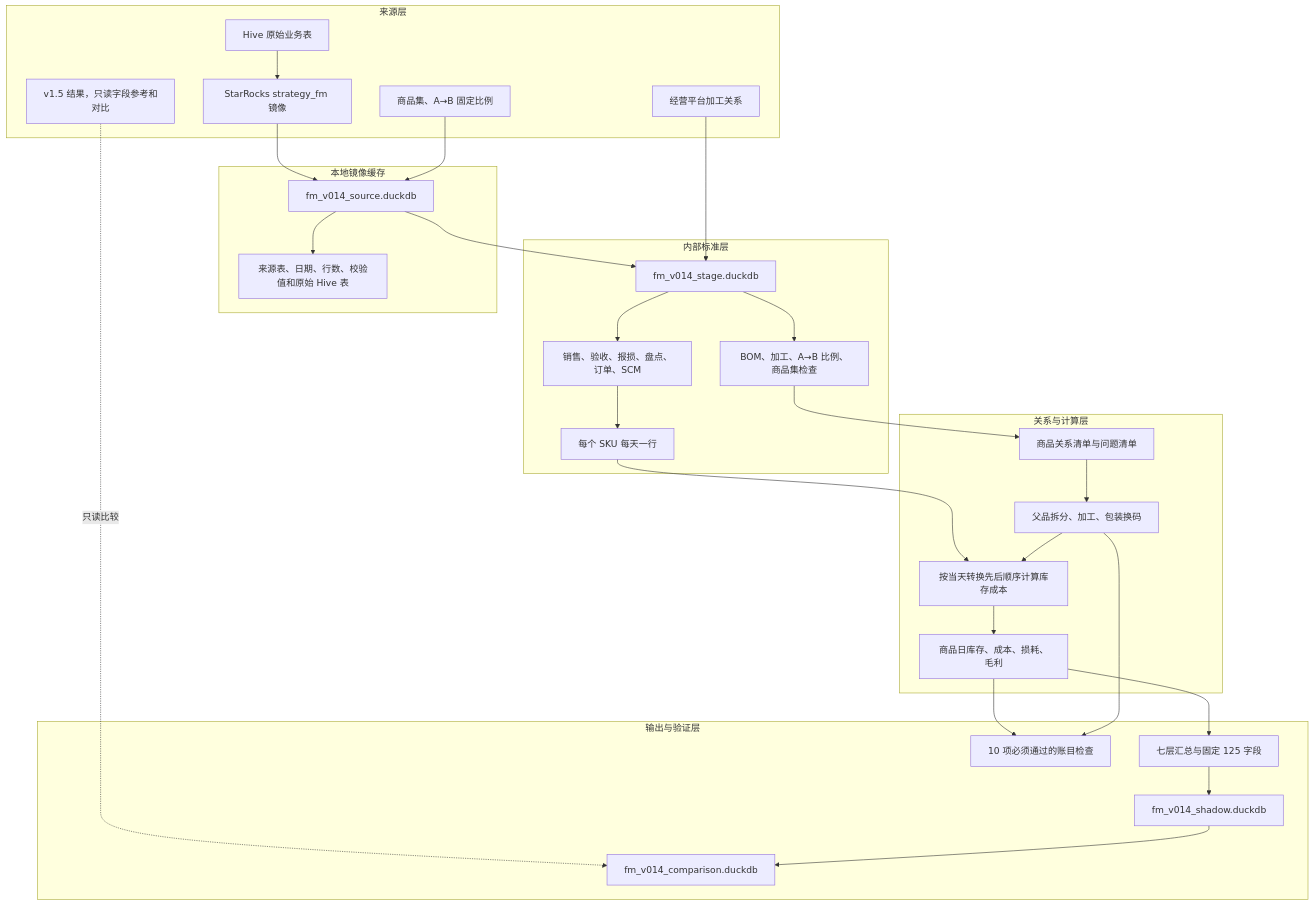
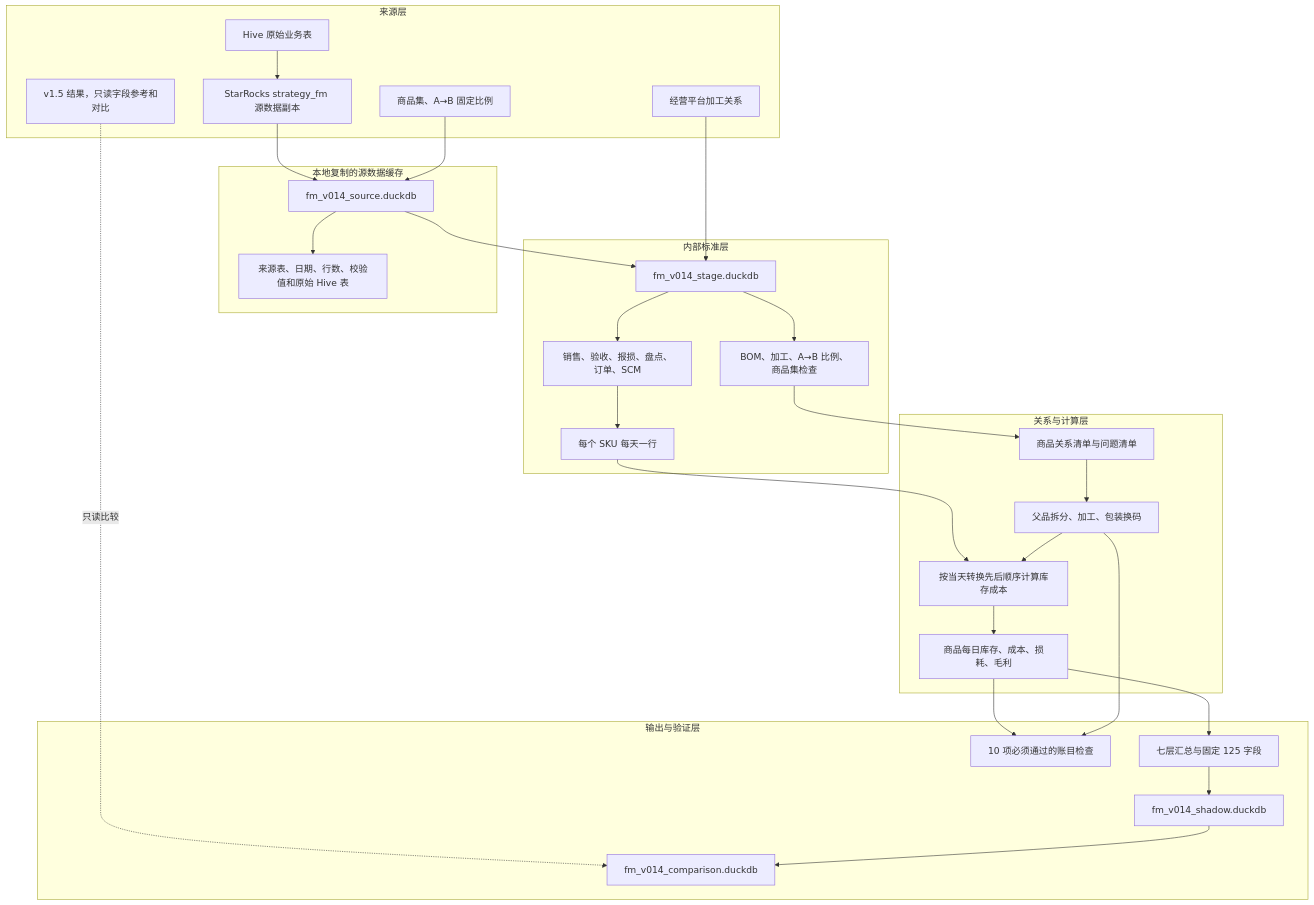
Before and after one commit to kate636/cuihua-data: the first of 8 diagrams in fmetl/README.md, drawn with Mermaid. The commit also changed other lines of this file and 42 other files, not shown here.

````diff
--- a/fmetl/README.md
+++ b/fmetl/README.md
@@ -73,57 +73,57 @@
 ```mermaid
 flowchart TB
     subgraph SOURCE["来源层"]
         HIVE["Hive 原始业务表"]
-        MIRROR["StarRocks strategy_fm 镜像"]
+        MIRROR["StarRocks strategy_fm 源数据副本"]
         AUX["商品集、A→B 固定比例"]
         PROC["经营平台加工关系"]
         V15["v1.5 结果，只读字段参考和对比"]
         HIVE --> MIRROR
     end
 
-    subgraph CACHE["本地镜像缓存"]
+    subgraph CACHE["本地复制的源数据缓存"]
         SOURCE_DB["fm_v014_source.duckdb"]
         MANIFEST["来源表、日期、行数、校验值和原始 Hive 表"]
     end
 
     subgraph STAGE["内部标准层"]
         STAGE_DB["fm_v014_stage.duckdb"]
         FACTS["销售、验收、报损、盘点、订单、SCM"]
         REL_INPUT["BOM、加工、A→B 比例、商品集检查"]
         GRID["每个 SKU 每天一行"]
     end
 
     subgraph CALC["关系与计算层"]
         REGISTRY["商品关系清单与问题清单"]
         EVENTS["父品拆分、加工、包装换码"]
         LEDGER["按当天转换先后顺序计算库存成本"]
-        DAILY["商品日库存、成本、损耗、毛利"]
+        DAILY["商品每日库存、成本、损耗、毛利"]
     end
 
     subgraph OUTPUT["输出与验证层"]
         LEVELS["七层汇总与固定 125 字段"]
         SHADOW["fm_v014_shadow.duckdb"]
         GATES["10 项必须通过的账目检查"]
         COMPARE["fm_v014_comparison.duckdb"]
     end
 
     MIRROR --> SOURCE_DB
     AUX --> SOURCE_DB
     PROC --> STAGE_DB
     SOURCE_DB --> MANIFEST
     SOURCE_DB --> STAGE_DB
     STAGE_DB --> FACTS
     STAGE_DB --> REL_INPUT
     FACTS --> GRID
     REL_INPUT --> REGISTRY
     REGISTRY --> EVENTS
     GRID --> LEDGER
     EVENTS --> LEDGER
     LEDGER --> DAILY
     DAILY --> LEVELS
     LEVELS --> SHADOW
     DAILY --> GATES
     EVENTS --> GATES
     V15 -.->|只读比较| COMPARE
     SHADOW --> COMPARE
 ```
````
